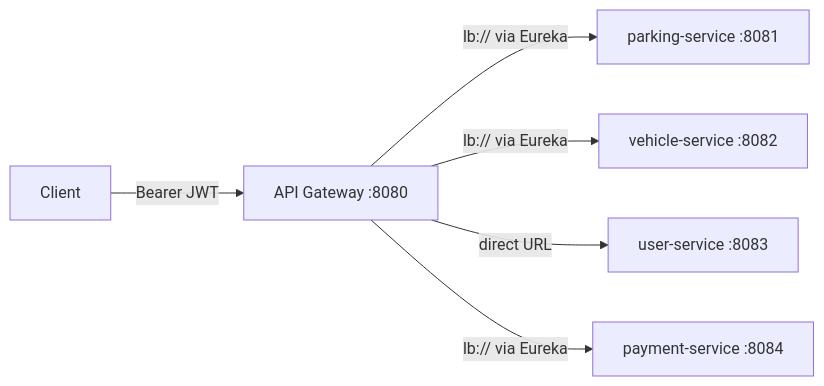
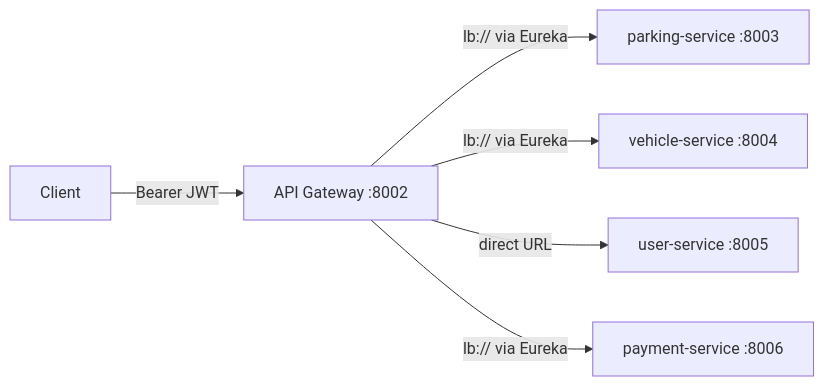
The diagram in infastructure/api-gateway/README.md (yasasbanukaofficial/kadolk-backend-microservice), drawn with Mermaid before and after one commit. The commit also changed other lines of this file and 33 other files, not shown here.

````diff
--- a/infastructure/api-gateway/README.md
+++ b/infastructure/api-gateway/README.md
@@ -7,8 +7,8 @@
 ```mermaid
 flowchart LR
-    Client[Client] -->|Bearer JWT| Gateway[API Gateway :8080]
-    Gateway -->|lb:// via Eureka| Parking[parking-service :8081]
-    Gateway -->|lb:// via Eureka| Vehicle[vehicle-service :8082]
-    Gateway -->|direct URL| User[user-service :8083]
-    Gateway -->|lb:// via Eureka| Payment[payment-service :8084]
+    Client[Client] -->|Bearer JWT| Gateway[API Gateway :8002]
+    Gateway -->|lb:// via Eureka| Parking[parking-service :8003]
+    Gateway -->|lb:// via Eureka| Vehicle[vehicle-service :8004]
+    Gateway -->|direct URL| User[user-service :8005]
+    Gateway -->|lb:// via Eureka| Payment[payment-service :8006]
 ```
````
